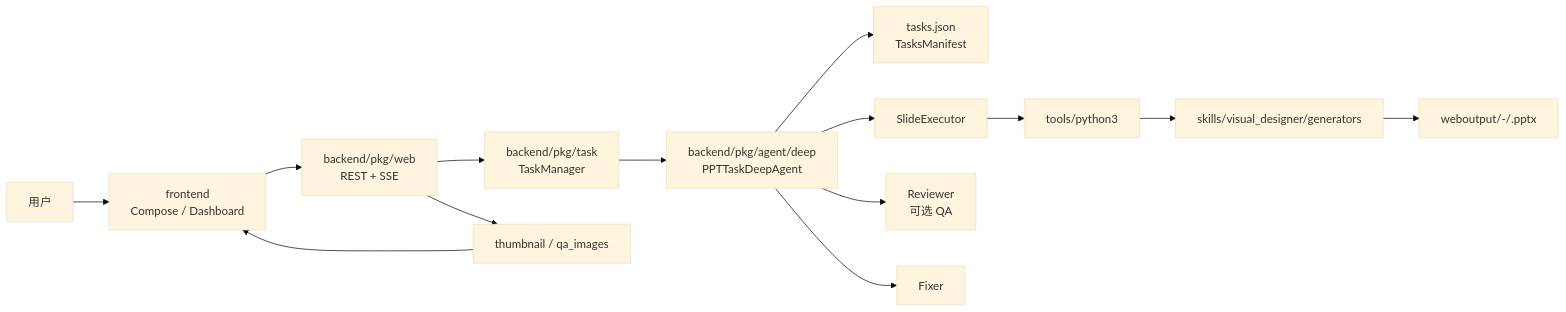
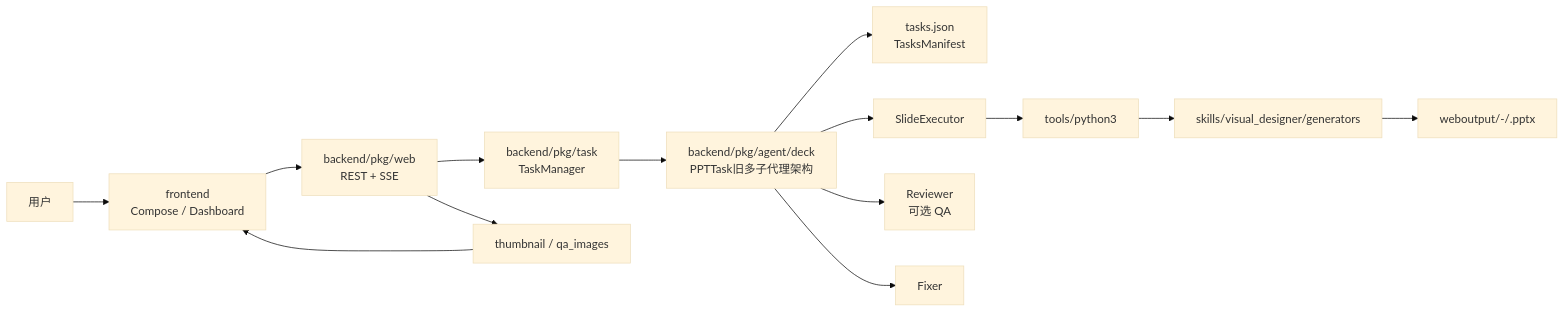
One commit to xiaobaicai66695/ppt-agent changed the diagram in docs/architecture/ppt-agent-architecture-scope.md. Above: the diagram before and after it, drawn with Mermaid (base theme). The commit also changed other lines of this file and 50 other files, not shown here.

Commit message:
refactor: rename deep agent workflow

````diff
--- a/docs/architecture/ppt-agent-architecture-scope.md
+++ b/docs/architecture/ppt-agent-architecture-scope.md
@@ -16,16 +16,16 @@
 ```mermaid
 flowchart LR
   U["用户"] --> F["frontend<br/>Compose / Dashboard"]
   F --> W["backend/pkg/web<br/>REST + SSE"]
   W --> TM["backend/pkg/task<br/>TaskManager"]
-  TM --> DA["backend/pkg/agent/deep<br/>PPTTaskDeepAgent"]
+  TM --> DA["backend/pkg/agent/deck<br/>PPTTask旧多子代理架构"]
   DA --> M["tasks.json<br/>TasksManifest"]
   DA --> SE["SlideExecutor"]
   DA --> R["Reviewer<br/>可选 QA"]
   DA --> FX["Fixer"]
   SE --> PY["tools/python3"]
   PY --> G["skills/visual_designer/generators"]
   G --> O["weboutput/<user>-<task>/<page>.pptx"]
   W --> TH["thumbnail / qa_images"]
   TH --> F
 ```
````
